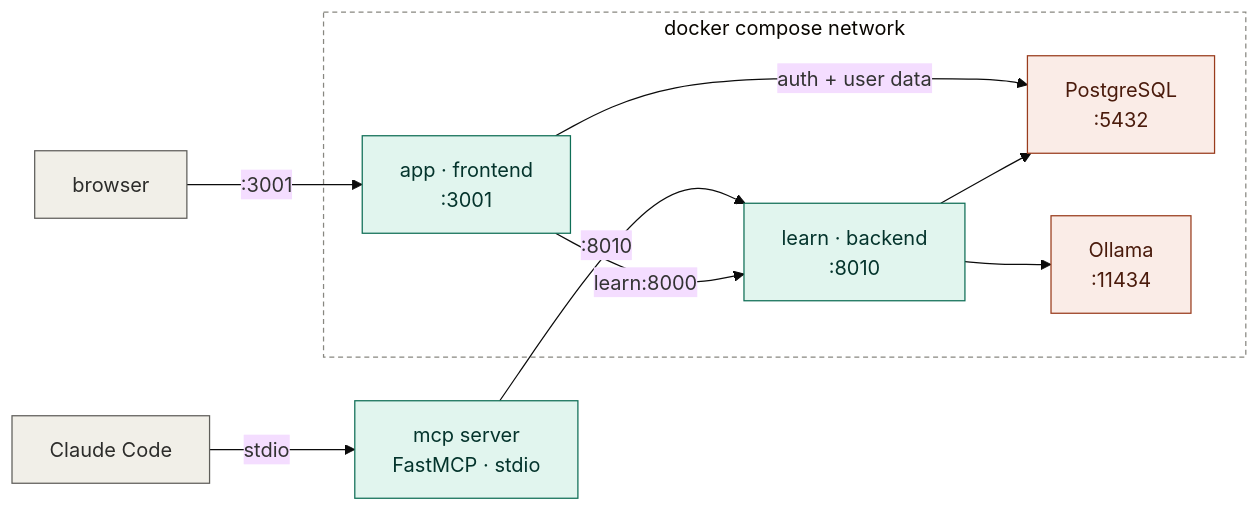
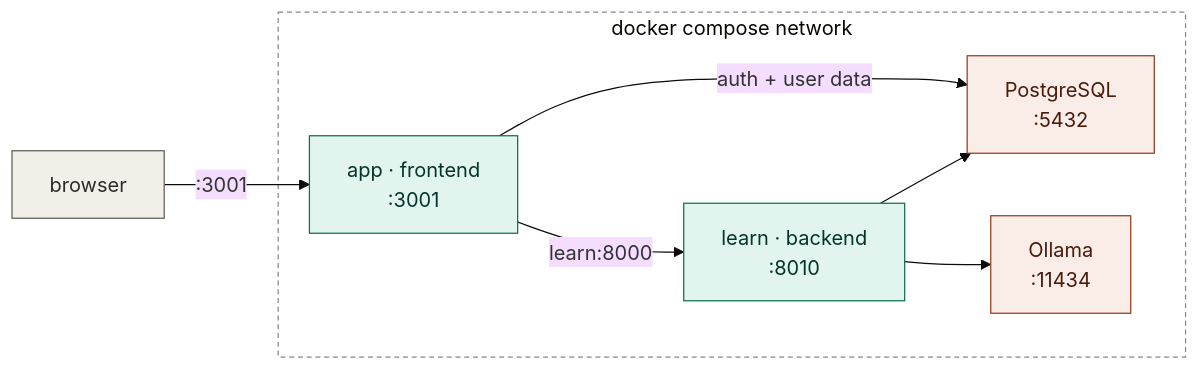
One commit to Aiden-Ferrante/learnhub-core changed the first of 4 diagrams in MAP.md. Above: the diagram before and after it, drawn with Mermaid (base theme). The commit also changed other lines of this file and 5 other files, not shown here.

First line of the commit message:
Remove the MCP server

````diff
--- a/MAP.md
+++ b/MAP.md
@@ -22,34 +22,28 @@
 ```mermaid
 flowchart LR
   browser["browser"]
-  claude["Claude Code"]
 
   subgraph compose["docker compose network"]
     app["app · frontend<br/>:3001"]
     learn["learn · backend<br/>:8010"]
     pg["PostgreSQL<br/>:5432"]
     ollama["Ollama<br/>:11434"]
   end
 
-  mcp["mcp server<br/>FastMCP · stdio"]
-
   browser -->|:3001| app
-  claude -->|stdio| mcp
-  mcp -->|:8010| learn
   app -->|learn:8000| learn
   app -->|auth + user data| pg
   learn --> pg
   learn --> ollama
 
   classDef client fill:#F1EFE8,stroke:#5F5E5A,color:#2C2C2A;
   classDef built fill:#E1F5EE,stroke:#0F6E56,color:#04342C;
   classDef tool fill:#FAECE7,stroke:#993C1D,color:#4A1B0C;
-  class browser,claude client;
-  class app,learn,mcp built;
+  class browser client;
+  class app,learn built;
   class pg,ollama tool;
   style compose fill:none,stroke:#888780,stroke-dasharray:4 3;
 
   click app "https://github.com/Aiden-Ferrante/learnhub/tree/main/frontend" "frontend/"
   click learn "https://github.com/Aiden-Ferrante/learnhub/tree/main/backend" "backend/"
-  click mcp "https://github.com/Aiden-Ferrante/learnhub/blob/main/mcp/server.py" "mcp/server.py"
 ```
````
